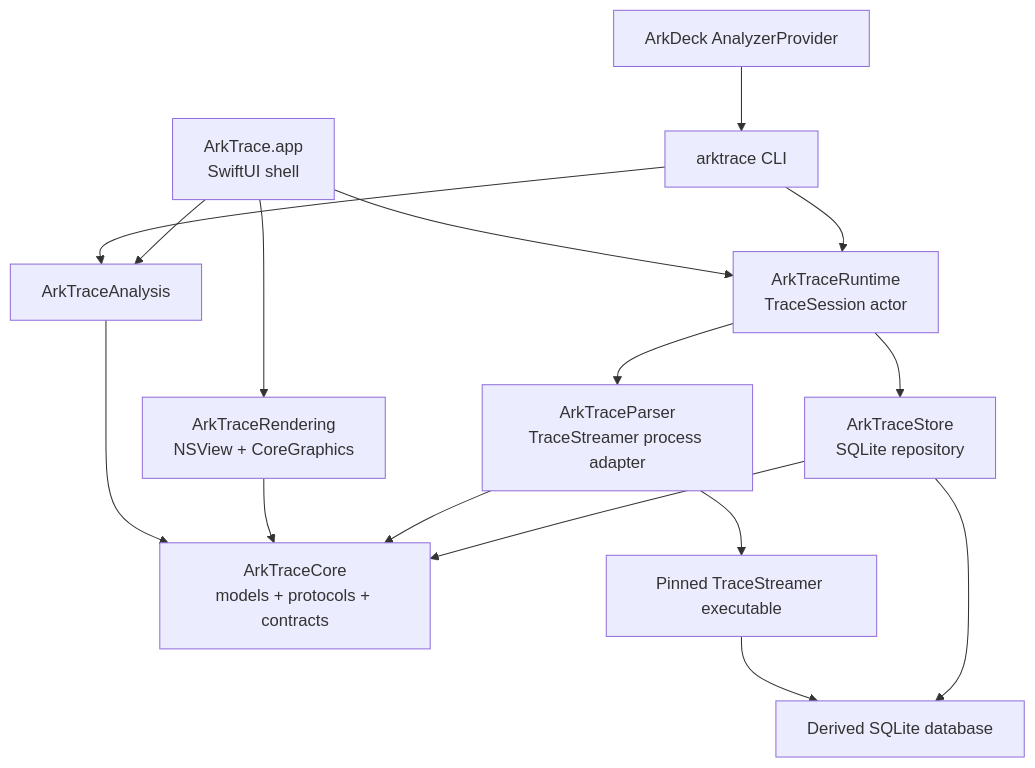
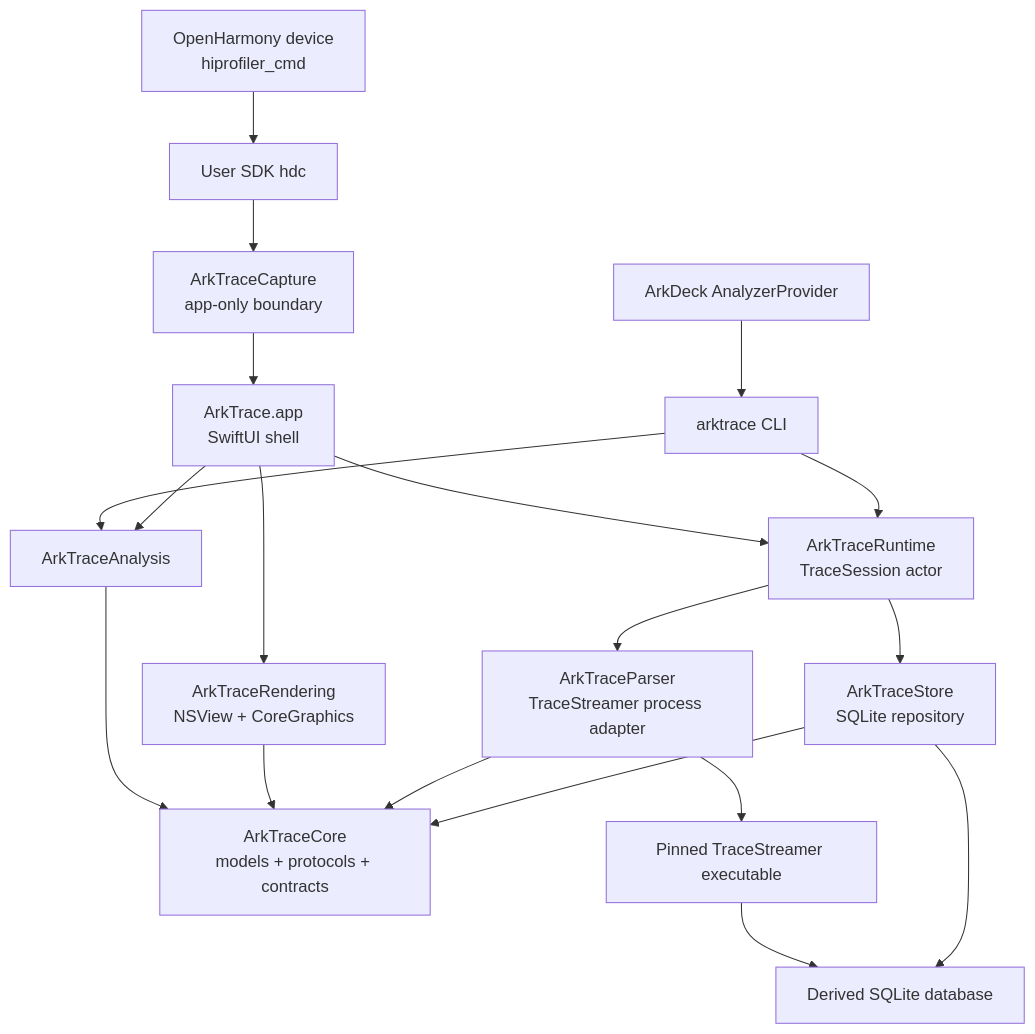
Before and after one commit to ArkDeck/ArkTrace: the first of 2 diagrams in docs/DESIGN.md, drawn with Mermaid. The commit also changed other lines of this file and 15 other files, not shown here.

Commit message:
feat(app): capture traces from OpenHarmony devices

````diff
--- a/docs/DESIGN.md
+++ b/docs/DESIGN.md
@@ -189,18 +191,21 @@
 ```mermaid
 flowchart TB
+    DEVICE["OpenHarmony device\nhiprofiler_cmd"] --> HDC["User SDK hdc"]
+    HDC --> CAPTURE["ArkTraceCapture\napp-only boundary"]
+    CAPTURE --> APP
     APP["ArkTrace.app\nSwiftUI shell"] --> RENDER["ArkTraceRendering\nNSView + CoreGraphics"]
     APP --> RUNTIME["ArkTraceRuntime\nTraceSession actor"]
     CLI["arktrace CLI"] --> RUNTIME
     CLI --> ANALYSIS["ArkTraceAnalysis"]
     APP --> ANALYSIS
     RUNTIME --> PARSER["ArkTraceParser\nTraceStreamer process adapter"]
     RUNTIME --> STORE["ArkTraceStore\nSQLite repository"]
     ANALYSIS --> CORE["ArkTraceCore\nmodels + protocols + contracts"]
     RENDER --> CORE
     PARSER --> CORE
     STORE --> CORE
     PARSER --> TS["Pinned TraceStreamer executable"]
     TS --> DB["Derived SQLite database"]
     STORE --> DB
     ARKDECK["ArkDeck AnalyzerProvider"] --> CLI
 ```
````
